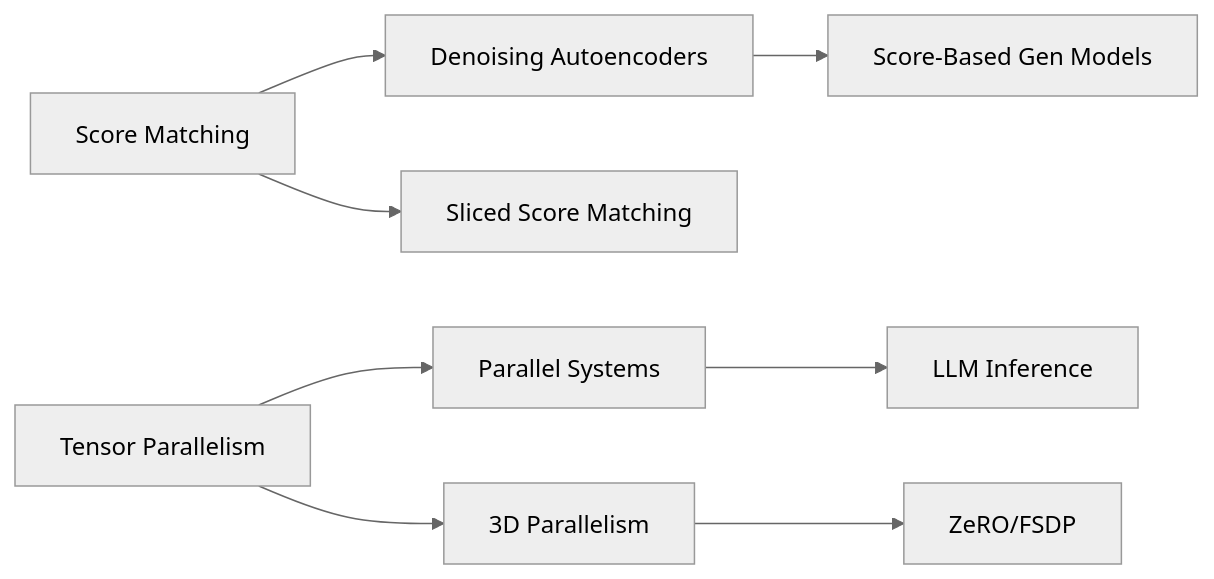
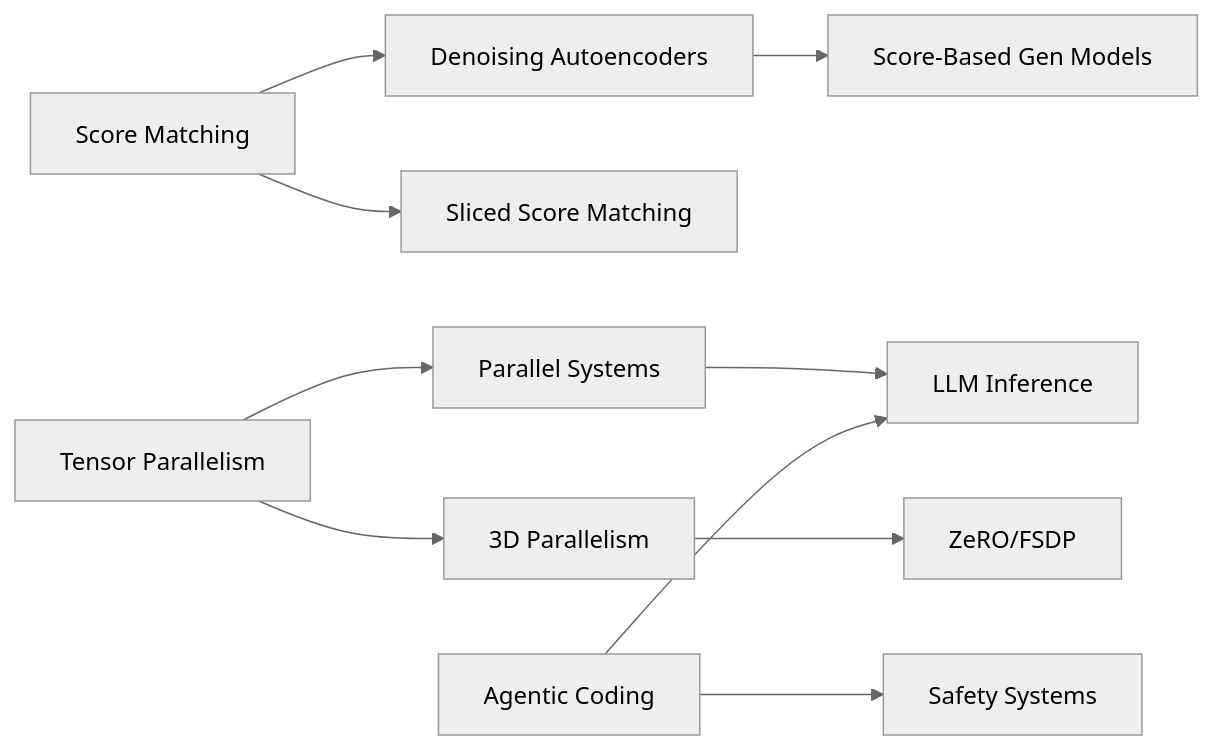
Before and after one commit to caiyuanrui/research-curriculum: the diagram in docs/knowledge-graph.md, drawn with Mermaid (neutral theme). The commit also changed other lines of this file and 5 other files, not shown here.

````diff
--- a/docs/knowledge-graph.md
+++ b/docs/knowledge-graph.md
@@ -25,10 +33,12 @@
 ```mermaid
 graph LR
     SM[Score Matching] --> DAE[Denoising Autoencoders]
     DAE --> SG[Score-Based Gen Models]
     SM --> SSM[Sliced Score Matching]
     TP[Tensor Parallelism] --> PS[Parallel Systems]
     PS --> LI[LLM Inference]
     TP --> 3D[3D Parallelism]
     3D --> Z[ZeRO/FSDP]
+    AC[Agentic Coding] --> LI
+    AC --> SS[Safety Systems]
 ```
````
